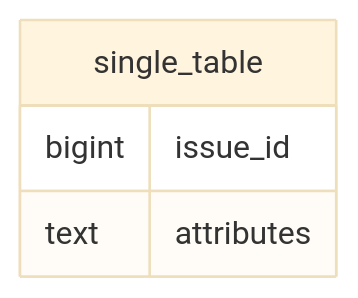
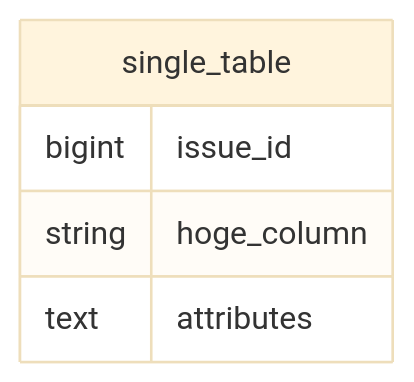
One commit to kuromitsu0104/TIL changed the sixth of 12 diagrams in docs/database_design/sql_antipatterns/note.md. Above: the diagram before and after it, drawn with Mermaid (base theme). The commit also changed other lines of this file, not shown here.

````diff
--- a/docs/database_design/sql_antipatterns/note.md
+++ b/docs/database_design/sql_antipatterns/note.md
@@ -661,8 +688,9 @@
     ```mermaid
     erDiagram
 
     single_table {
       bigint issue_id
+      string hoge_column
       text attributes
     }
     ```
````
